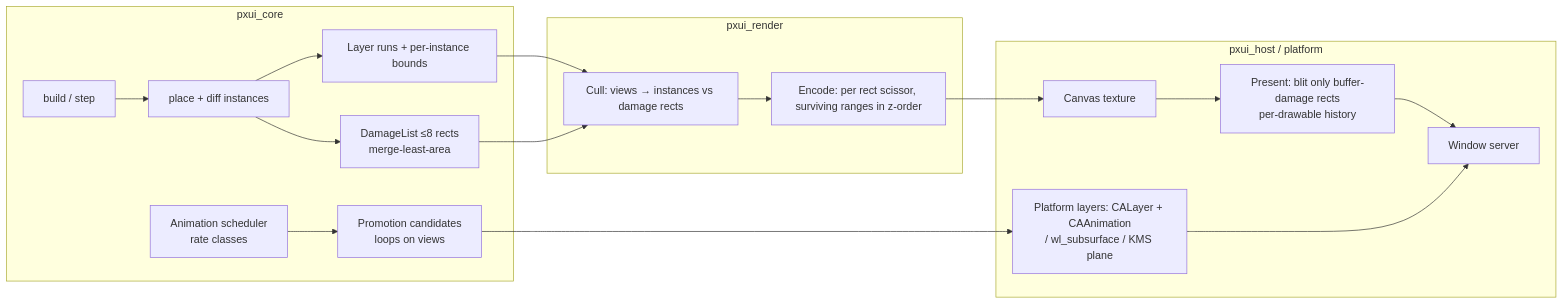
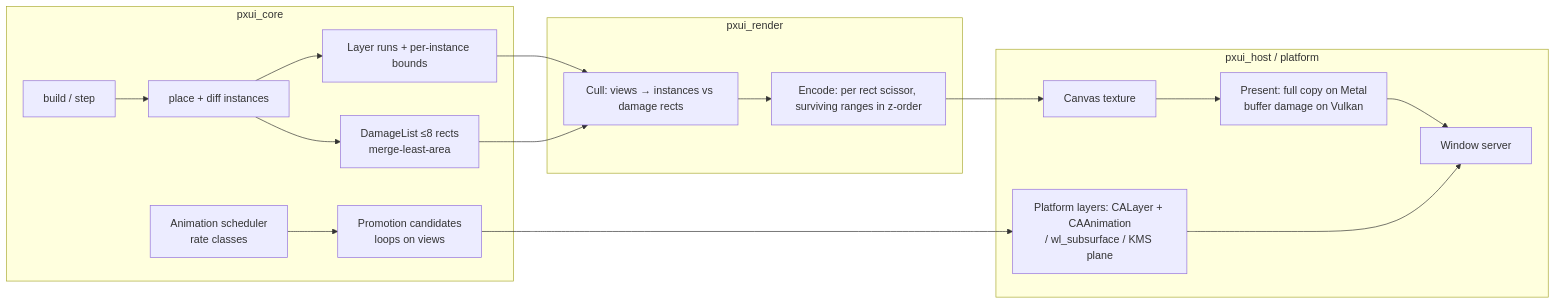
One commit to olegpustovit/localwave changed the diagram in docs/render-plan.md. Above: the diagram before and after it, drawn with Mermaid. The commit also changed other lines of this file and 1 other file, not shown here.

First line of the commit message:
[R4b.2] Pin the stock-only Metal presenter

````diff
--- a/docs/render-plan.md
+++ b/docs/render-plan.md
@@ -157,21 +154,21 @@
 ```mermaid
 flowchart LR
   subgraph core[pxui_core]
     B[build / step] --> P[place + diff instances]
     P --> D[DamageList ≤8 rects<br/>merge-least-area]
     P --> L[Layer runs + per-instance bounds]
     A[Animation scheduler<br/>rate classes] --> PR[Promotion candidates<br/>loops on views]
   end
   subgraph render[pxui_render]
     L --> C[Cull: views → instances vs damage rects]
     D --> C
     C --> E[Encode: per rect scissor, surviving ranges in z-order]
   end
   subgraph host[pxui_host / platform]
     E --> CV[Canvas texture]
-    CV --> PD[Present: blit only buffer-damage rects<br/>per-drawable history]
+    CV --> PD[Present: full copy on Metal<br/>buffer damage on Vulkan]
     PR --> CA[Platform layers: CALayer + CAAnimation<br/>/ wl_subsurface / KMS plane]
     PD --> W[Window server]
     CA --> W
   end
 ```
````
